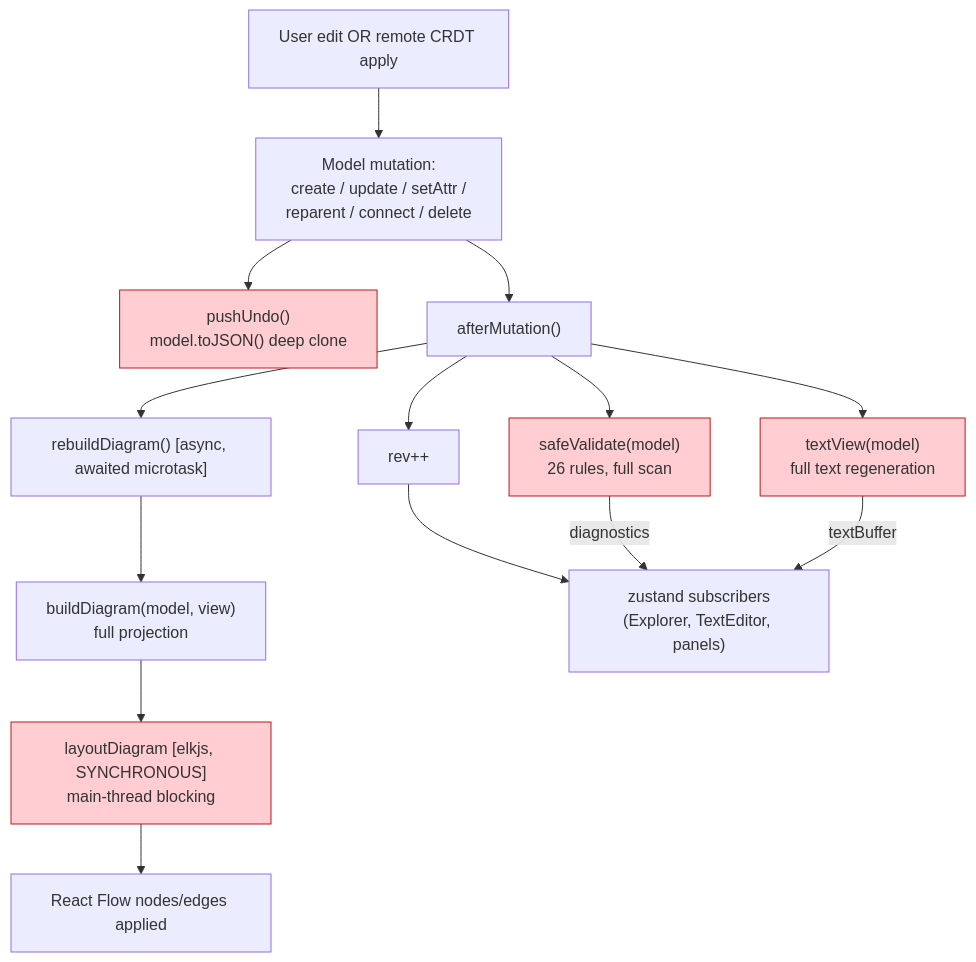
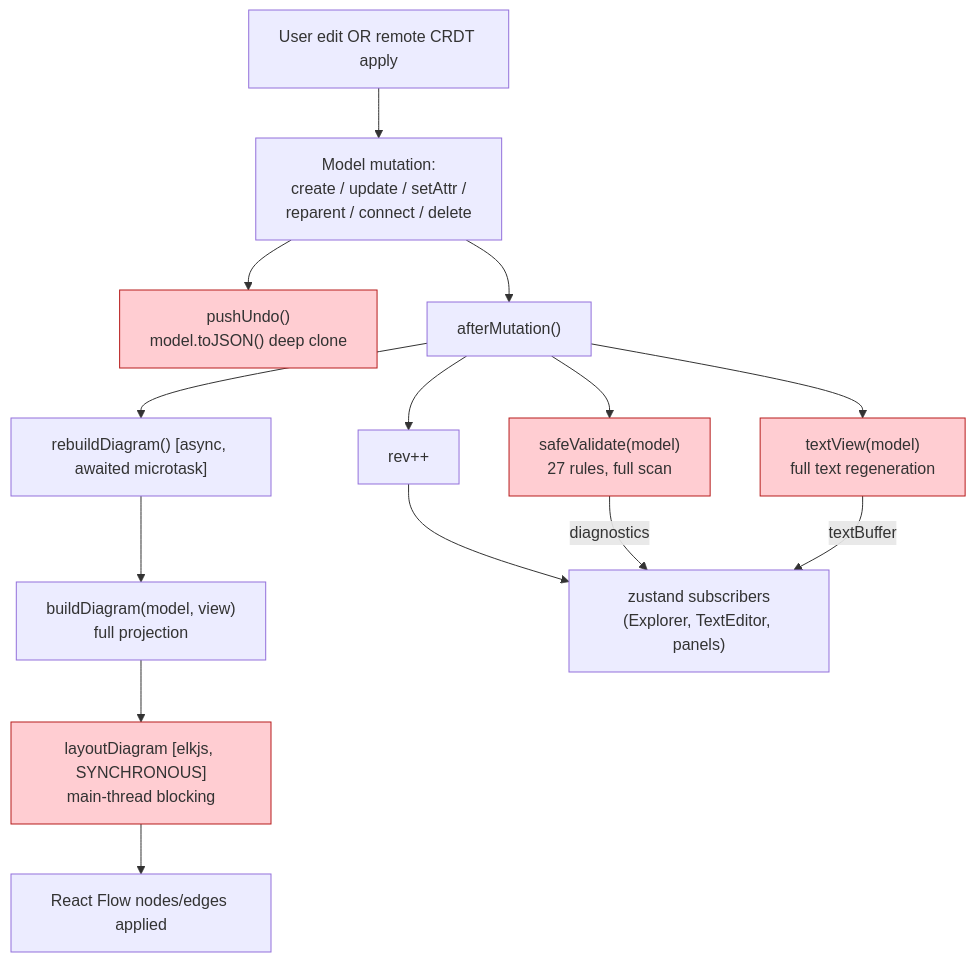
Before and after one commit to cosmindxu/sysprose: the third of 7 diagrams in docs/architecture/05-data-flow.md, drawn with Mermaid. The commit also changed 18 other files, not shown here.

````diff
--- a/docs/architecture/05-data-flow.md
+++ b/docs/architecture/05-data-flow.md
@@ -98,32 +98,32 @@
 ```mermaid
 flowchart TB
     trigger["User edit OR remote CRDT apply"]
     op["Model mutation:\ncreate / update / setAttr /\nreparent / connect / delete"]
     pushUndo["pushUndo()\nmodel.toJSON() deep clone"]
     afterMut["afterMutation()"]
-    validate["safeValidate(model)\n26 rules, full scan"]
+    validate["safeValidate(model)\n27 rules, full scan"]
     serialize["textView(model)\nfull text regeneration"]
     bump["rev++"]
     rebuild["rebuildDiagram() [async, awaited microtask]"]
     build["buildDiagram(model, view)\nfull projection"]
     layout["layoutDiagram [elkjs, SYNCHRONOUS]\nmain-thread blocking"]
     apply["React Flow nodes/edges applied"]
     listeners[" zustand subscribers\n(Explorer, TextEditor, panels)"]
 
     trigger --> op
     op --> pushUndo
     op --> afterMut
     afterMut --> validate
     afterMut --> serialize
     afterMut --> bump
     afterMut --> rebuild
     rebuild --> build
     build --> layout
     layout --> apply
     bump --> listeners
     validate -->|diagnostics| listeners
     serialize -->|textBuffer| listeners
 
     classDef hot fill:#ffcdd2,stroke:#b71c1c
     class validate,serialize,layout,pushUndo hot
 ```
````
